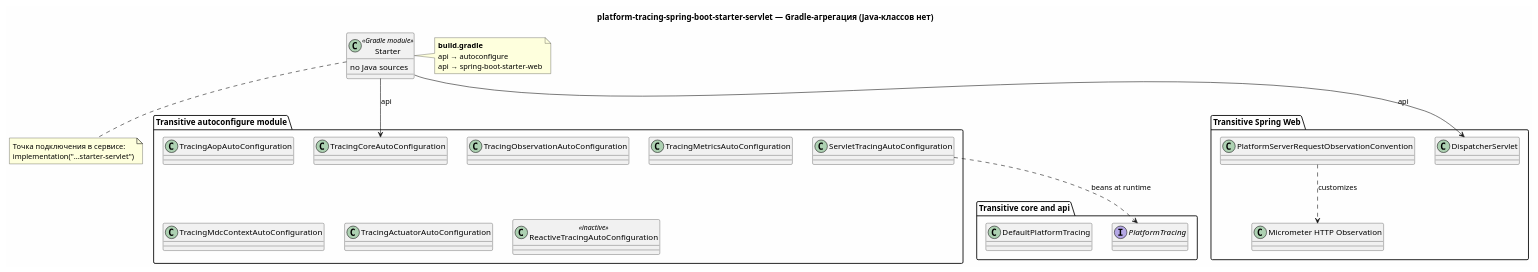
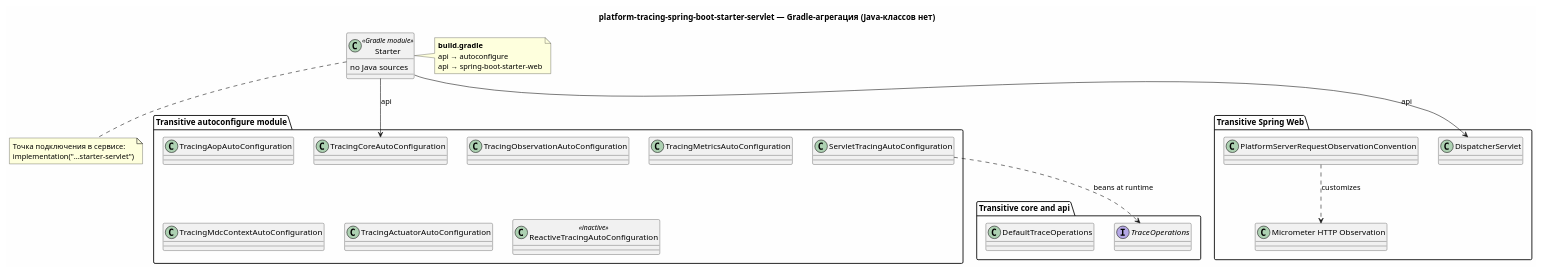
The eighth of 8 diagrams in docs/architecture/platform-tracing-classes.puml (andrew3008/EnglishDictionary), drawn with PlantUML before and after one commit. The commit also changed other lines of this file and 146 other files, not shown here.

Commit message:
refactor(api): rename root tracing facade to TraceOperations

```diff
--- a/docs/architecture/platform-tracing-classes.puml
+++ b/docs/architecture/platform-tracing-classes.puml
@@ -960,51 +960,51 @@
 @startuml platform-tracing-classes-07-starter-servlet
 skinparam backgroundColor #FEFEFE
 skinparam shadowing false
 skinparam classAttributeIconSize 0
 skinparam defaultFontName "Segoe UI"
 
 title platform-tracing-spring-boot-starter-servlet — Gradle-агрегация (Java-классов нет)
 
 class Starter <<Gradle module>> {
   no Java sources
 }
 
 note right of Starter
   **build.gradle**
   api → autoconfigure
   api → spring-boot-starter-web
 end note
 
 package "Transitive autoconfigure module" as AUTO {
   class TracingCoreAutoConfiguration
   class ServletTracingAutoConfiguration
   class TracingAopAutoConfiguration
   class TracingObservationAutoConfiguration
   class TracingMetricsAutoConfiguration
   class TracingMdcContextAutoConfiguration
   class TracingActuatorAutoConfiguration
   class ReactiveTracingAutoConfiguration <<inactive>>
 }
 
 package "Transitive core and api" as DOMAIN {
-  interface PlatformTracing
-  class DefaultPlatformTracing
+  interface TraceOperations
+  class DefaultTraceOperations
 }
 
 package "Transitive Spring Web" as WEB {
   class DispatcherServlet
   class PlatformServerRequestObservationConvention
   class "Micrometer HTTP Observation" as Obs
 }
 
 Starter --> TracingCoreAutoConfiguration : api
 Starter --> DispatcherServlet : api
-ServletTracingAutoConfiguration ..> PlatformTracing : beans at runtime
+ServletTracingAutoConfiguration ..> TraceOperations : beans at runtime
 PlatformServerRequestObservationConvention ..> Obs : customizes
 
 note bottom of Starter
   Точка подключения в сервисе:
   implementation("...starter-servlet")
 end note
 
 @enduml
```
